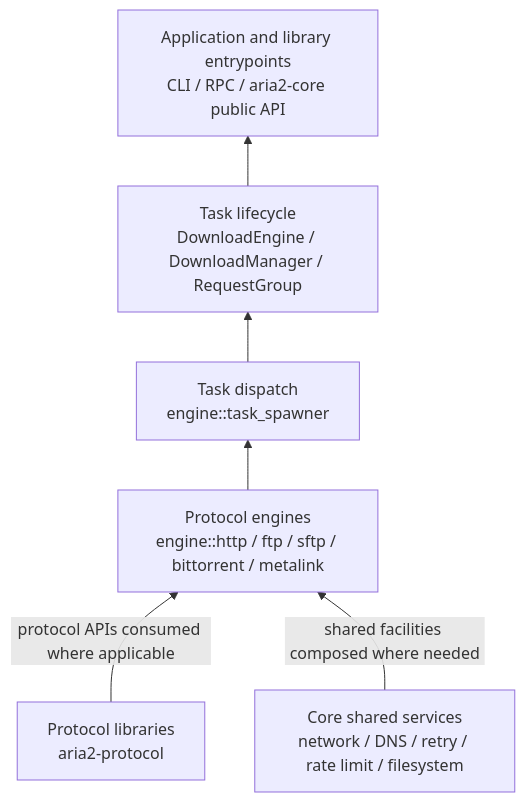
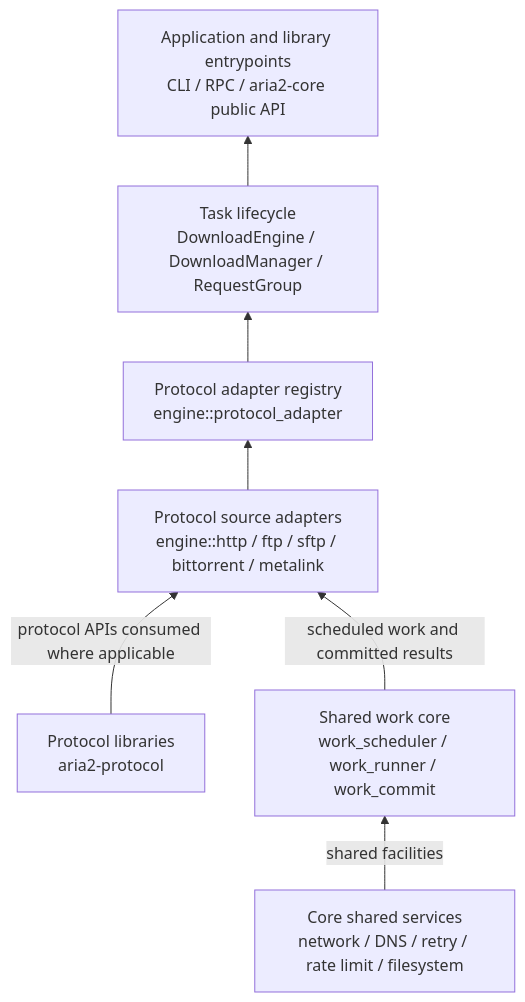
Before and after one commit to balovess/aria2_rust: the diagram in docs/protocol-architecture.md, drawn with Mermaid. The commit also changed other lines of this file and 53 other files, not shown here.

Commit message:
Refactor download task lifecycle and protocol handling

````diff
--- a/docs/protocol-architecture.md
+++ b/docs/protocol-architecture.md
@@ -11,14 +11,16 @@
 ```mermaid
 flowchart BT
     P["Protocol libraries<br/>aria2-protocol"]
     C["Core shared services<br/>network / DNS / retry / rate limit / filesystem"]
-    E["Protocol engines<br/>engine::http / ftp / sftp / bittorrent / metalink"]
-    D["Task dispatch<br/>engine::task_spawner"]
+    W["Shared work core<br/>work_scheduler / work_runner / work_commit"]
+    E["Protocol source adapters<br/>engine::http / ftp / sftp / bittorrent / metalink"]
+    D["Protocol adapter registry<br/>engine::protocol_adapter"]
     T["Task lifecycle<br/>DownloadEngine / DownloadManager / RequestGroup"]
     A["Application and library entrypoints<br/>CLI / RPC / aria2-core public API"]
     P -->|protocol APIs consumed where applicable| E
-    C -->|shared facilities composed where needed| E
+    C -->|shared facilities| W
+    W -->|scheduled work and committed results| E
     E --> D
     D --> T
     T --> A
 ```
````
